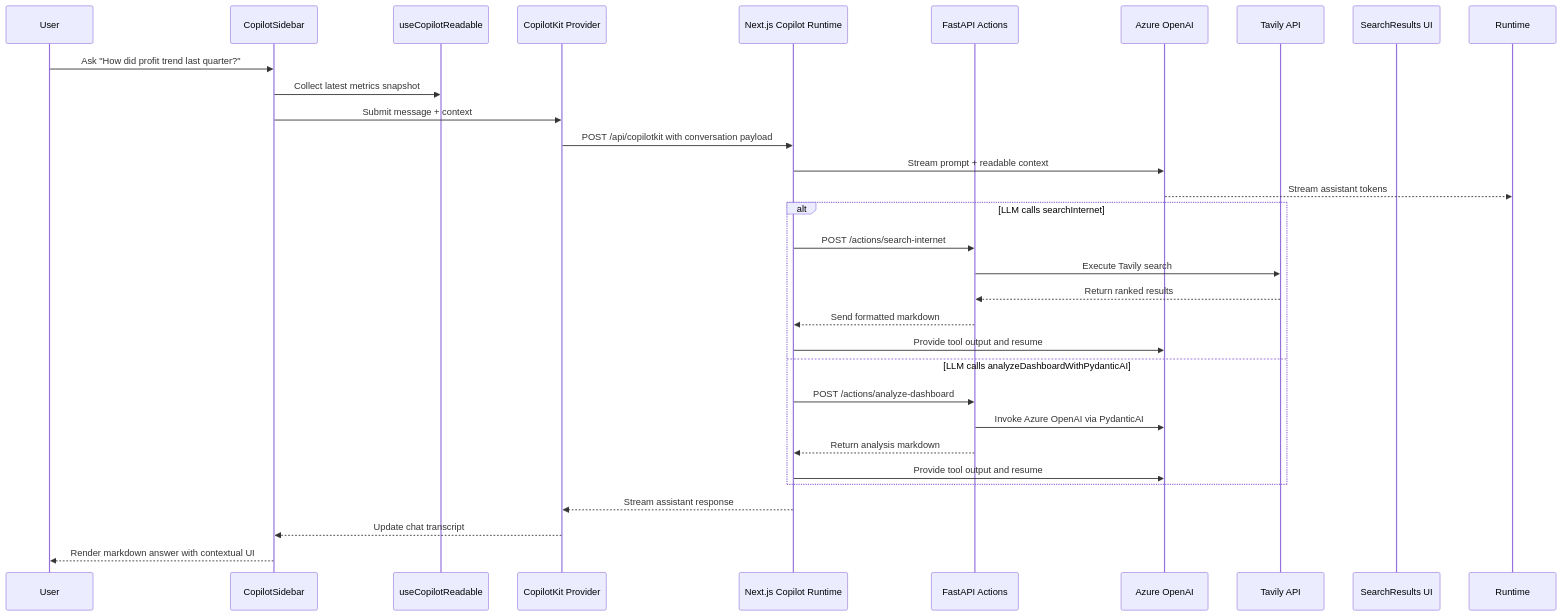
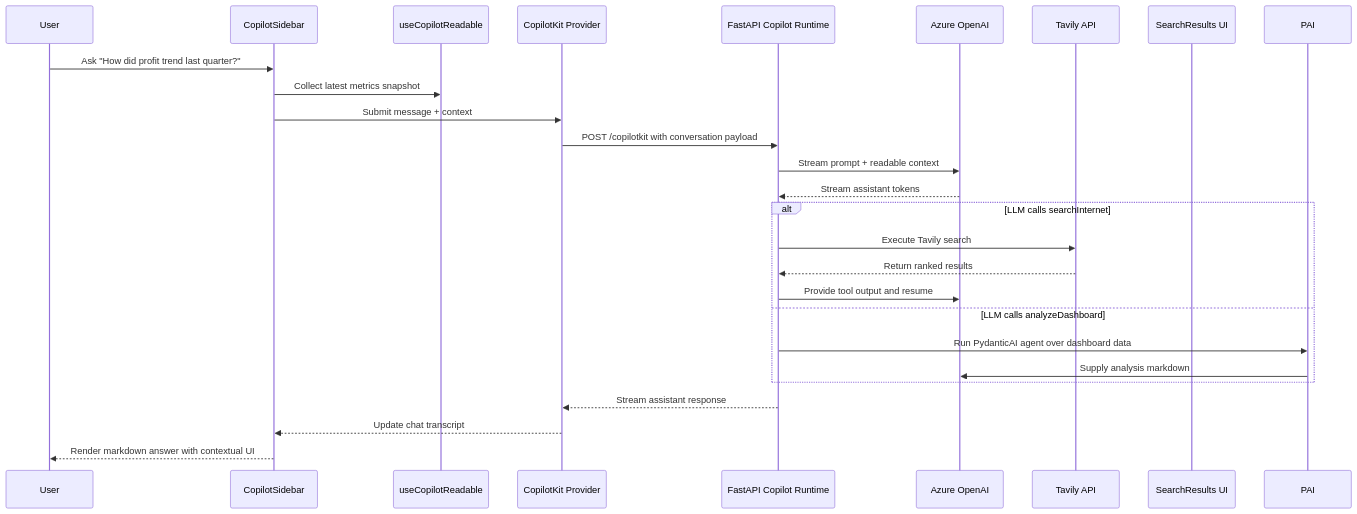
One commit to chris-han/CopilotKit changed the second of 2 diagrams in examples/copilot-chat-with-your-data/architecture.md. Above: the diagram before and after it, drawn with Mermaid. The commit also changed other lines of this file and 4 other files, not shown here.

First line of the commit message:
refactor(api): migrate CopilotKit runtime to FastAPI backend

````diff
--- a/examples/copilot-chat-with-your-data/architecture.md
+++ b/examples/copilot-chat-with-your-data/architecture.md
@@ -78,34 +70,29 @@
 ```mermaid
 sequenceDiagram
   participant U as User
   participant Sidebar as CopilotSidebar
   participant Readables as useCopilotReadable
   participant Provider as CopilotKit Provider
-  participant NextAPI as Next.js Copilot Runtime
-  participant PyFastAPI as FastAPI Actions
+  participant PyRuntime as FastAPI Copilot Runtime
   participant LLM as Azure OpenAI
   participant Tav as Tavily API
   participant UI as SearchResults UI
 
   U->>Sidebar: Ask "How did profit trend last quarter?"
   Sidebar->>Readables: Collect latest metrics snapshot
   Sidebar->>Provider: Submit message + context
-  Provider->>NextAPI: POST /api/copilotkit with conversation payload
-  NextAPI->>LLM: Stream prompt + readable context
-  LLM-->>Runtime: Stream assistant tokens
+  Provider->>PyRuntime: POST /copilotkit with conversation payload
+  PyRuntime->>LLM: Stream prompt + readable context
+  LLM-->>PyRuntime: Stream assistant tokens
   alt LLM calls searchInternet
-    NextAPI->>PyFastAPI: POST /actions/search-internet
-    PyFastAPI->>Tav: Execute Tavily search
-    Tav-->>PyFastAPI: Return ranked results
-    PyFastAPI-->>NextAPI: Send formatted markdown
-    NextAPI->>LLM: Provide tool output and resume
-  else LLM calls analyzeDashboardWithPydanticAI
-    NextAPI->>PyFastAPI: POST /actions/analyze-dashboard
-    PyFastAPI->>LLM: Invoke Azure OpenAI via PydanticAI
-    PyFastAPI-->>NextAPI: Return analysis markdown
-    NextAPI->>LLM: Provide tool output and resume
+    PyRuntime->>Tav: Execute Tavily search
+    Tav-->>PyRuntime: Return ranked results
+    PyRuntime->>LLM: Provide tool output and resume
+  else LLM calls analyzeDashboard
+    PyRuntime->>PAI: Run PydanticAI agent over dashboard data
+    PAI->>LLM: Supply analysis markdown
   end
-  NextAPI-->>Provider: Stream assistant response
+  PyRuntime-->>Provider: Stream assistant response
   Provider-->>Sidebar: Update chat transcript
   Sidebar-->>U: Render markdown answer with contextual UI
 ```
````
